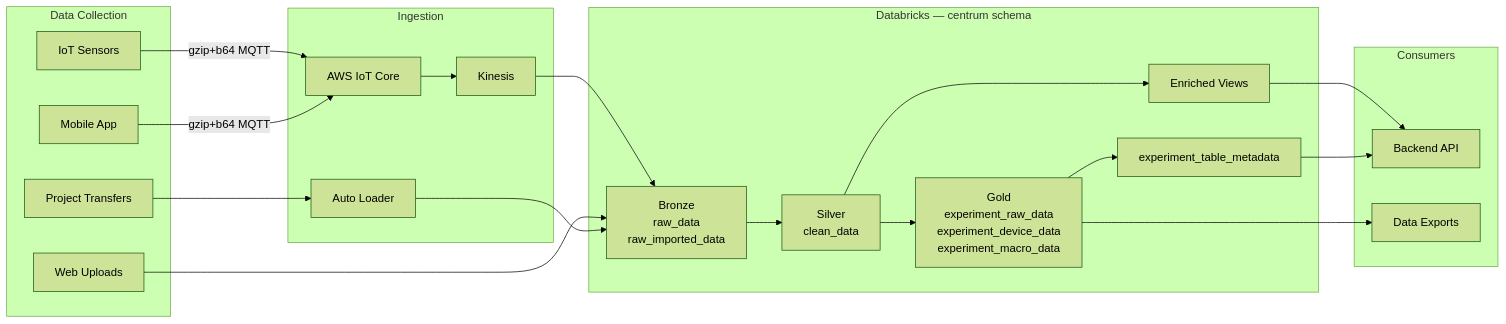
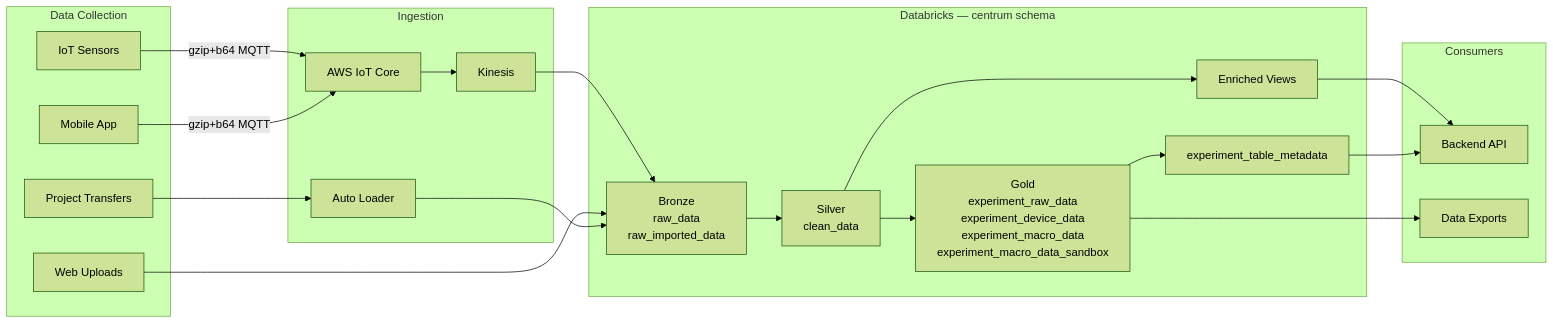
Before and after one commit to Jan-IngenHousz-Institute/open-jii: the diagram in apps/docs/docs/006-for-developers/001-developers-guide/system-architecture-data-pipeline.md, drawn with Mermaid (forest theme). The commit also changed 4 other files, not shown here.

First line of the commit message:
feat(data): macro sandbox system based data processing with initial comparison table (#1312)

````diff
--- a/apps/docs/docs/006-for-developers/001-developers-guide/system-architecture-data-pipeline.md
+++ b/apps/docs/docs/006-for-developers/001-developers-guide/system-architecture-data-pipeline.md
@@ -68,40 +68,40 @@
 ```mermaid
 graph LR
 subgraph "Data Collection"
 S[IoT Sensors]
 M[Mobile App]
 W[Web Uploads]
 T[Project Transfers]
 end
 
 subgraph "Ingestion"
 MQTT[AWS IoT Core]
 K[Kinesis]
 AL[Auto Loader]
 end
 
 subgraph "Databricks — centrum schema"
 B["Bronze<br/>raw_data<br/>raw_imported_data"]
 SV["Silver<br/>clean_data"]
-G["Gold<br/>experiment_raw_data<br/>experiment_device_data<br/>experiment_macro_data"]
+G["Gold<br/>experiment_raw_data<br/>experiment_device_data<br/>experiment_macro_data<br/>experiment_macro_data_sandbox"]
 EV["Enriched Views"]
 META["experiment_table_metadata"]
 end
 
 subgraph "Consumers"
 API[Backend API]
 EXP[Data Exports]
 end
 
 S -->|"gzip+b64 MQTT"| MQTT
 M -->|"gzip+b64 MQTT"| MQTT
 MQTT --> K --> B
 W --> B
 T --> AL --> B
 B --> SV --> G
 SV --> EV
 G --> META
 EV --> API
 META --> API
 G --> EXP
 ```
````
